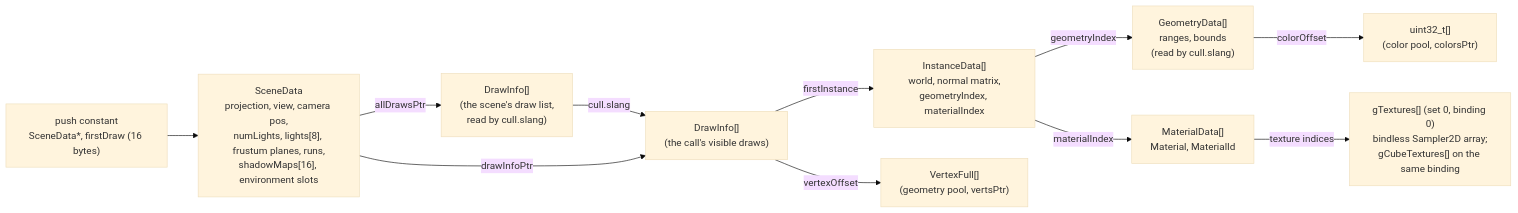
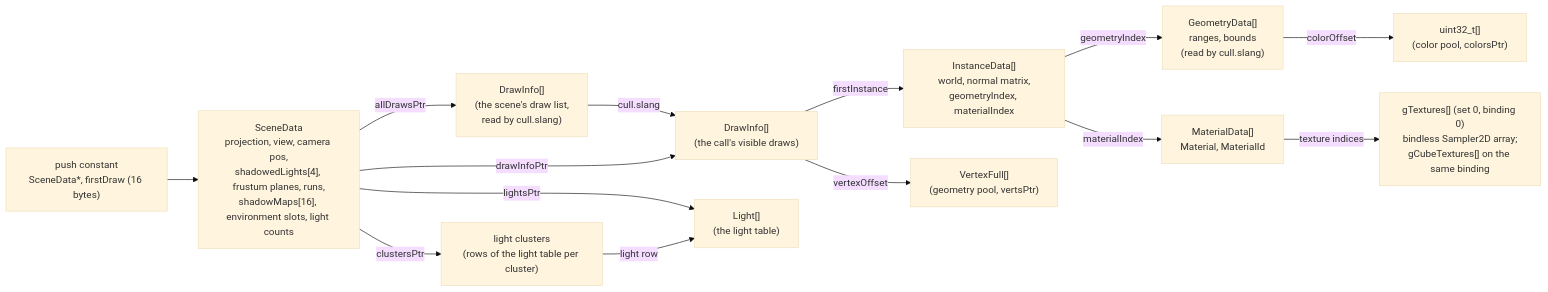
Before and after one commit to adel-elmala/rasm: the third of 3 diagrams in docs/architecture.md, drawn with Mermaid (base theme). The commit also changed other lines of this file and 52 other files, not shown here.

````diff
--- a/docs/architecture.md
+++ b/docs/architecture.md
@@ -322,13 +358,16 @@
 ```mermaid
 flowchart LR
-    PC["push constant<br/>SceneData*, firstDraw (16 bytes)"] --> SD["SceneData<br/>projection, view, camera pos,<br/>numLights, lights[8], frustum planes, runs,<br/>shadowMaps[16], environment slots"]
+    PC["push constant<br/>SceneData*, firstDraw (16 bytes)"] --> SD["SceneData<br/>projection, view, camera pos,<br/>shadowedLights[4], frustum planes, runs,<br/>shadowMaps[16], environment slots, light counts"]
     SD -- allDrawsPtr --> AD["DrawInfo[]<br/>(the scene's draw list,<br/>read by cull.slang)"]
     AD -- cull.slang --> DI
     SD -- drawInfoPtr --> DI["DrawInfo[]<br/>(the call's visible draws)"]
     DI -- firstInstance --> ID["InstanceData[]<br/>world, normal matrix,<br/>geometryIndex, materialIndex"]
     DI -- vertexOffset --> V["VertexFull[]<br/>(geometry pool, vertsPtr)"]
     GD -- colorOffset --> VC["uint32_t[]<br/>(color pool, colorsPtr)"]
     ID -- geometryIndex --> GD["GeometryData[]<br/>ranges, bounds<br/>(read by cull.slang)"]
+    SD -- lightsPtr --> LT["Light[]<br/>(the light table)"]
+    SD -- clustersPtr --> CL["light clusters<br/>(rows of the light table per cluster)"]
+    CL -- light row --> LT
     ID -- materialIndex --> MD["MaterialData[]<br/>Material, MaterialId"]
     MD -- texture indices --> T["gTextures[] (set 0, binding 0)<br/>bindless Sampler2D array;<br/>gCubeTextures[] on the same binding"]
 ```
````
